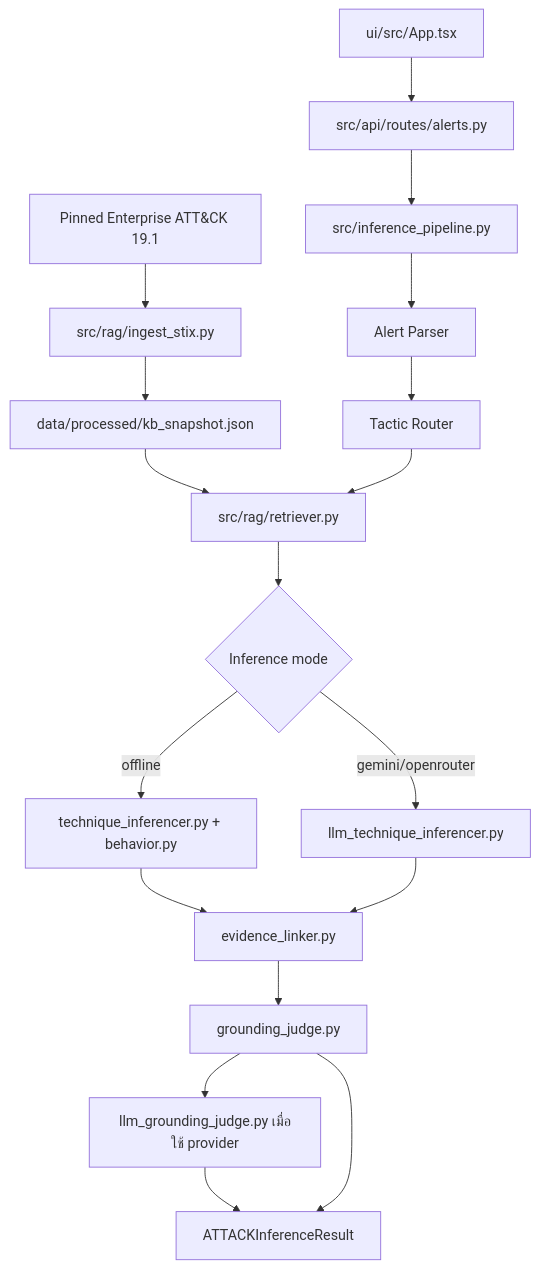
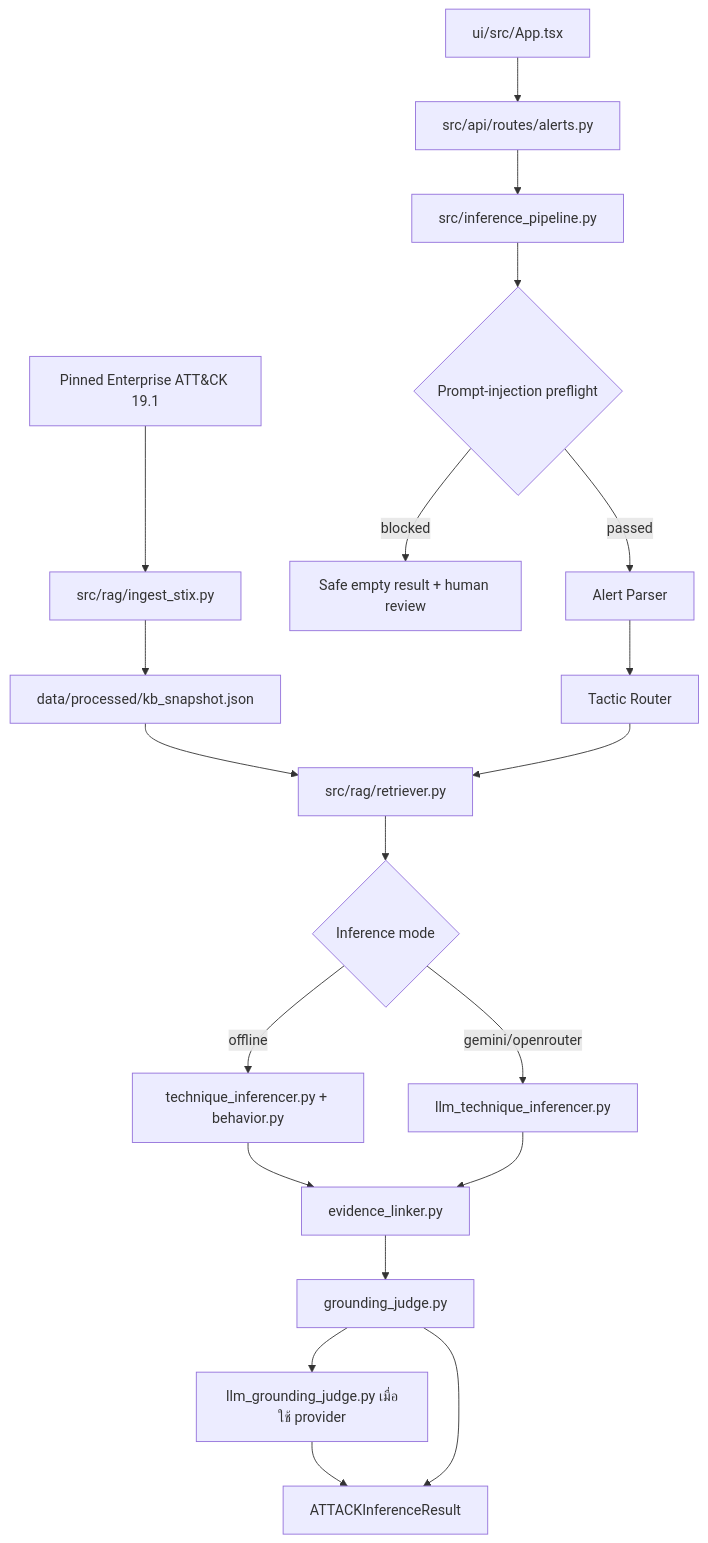
The diagram in docs/architecture.md (mai23133/Security-Alert), drawn with Mermaid before and after one commit. The commit also changed other lines of this file and 23 other files, not shown here.

Commit message:
feat: fail closed on prompt injection

````diff
--- a/docs/architecture.md
+++ b/docs/architecture.md
@@ -15,20 +15,22 @@
 ```mermaid
 flowchart TD
     STIX[Pinned Enterprise ATT&CK 19.1] --> ING[src/rag/ingest_stix.py]
     ING --> SNAP[data/processed/kb_snapshot.json]
     SNAP --> RET[src/rag/retriever.py]
     UI[ui/src/App.tsx] --> API[src/api/routes/alerts.py]
     API --> PIPE[src/inference_pipeline.py]
-    PIPE --> PARSE[Alert Parser]
+    PIPE --> PRE{Prompt-injection preflight}
+    PRE -->|blocked| SAFE[Safe empty result + human review]
+    PRE -->|passed| PARSE[Alert Parser]
     PARSE --> ROUTE[Tactic Router]
     ROUTE --> RET
     RET --> INF{Inference mode}
     INF -->|offline| RULE[technique_inferencer.py + behavior.py]
     INF -->|gemini/openrouter| LLM[llm_technique_inferencer.py]
     RULE --> LINK[evidence_linker.py]
     LLM --> LINK
     LINK --> GUARD[grounding_judge.py]
     GUARD --> SEM[llm_grounding_judge.py เมื่อใช้ provider]
     SEM --> RESULT[ATTACKInferenceResult]
     GUARD --> RESULT
 ```
````
